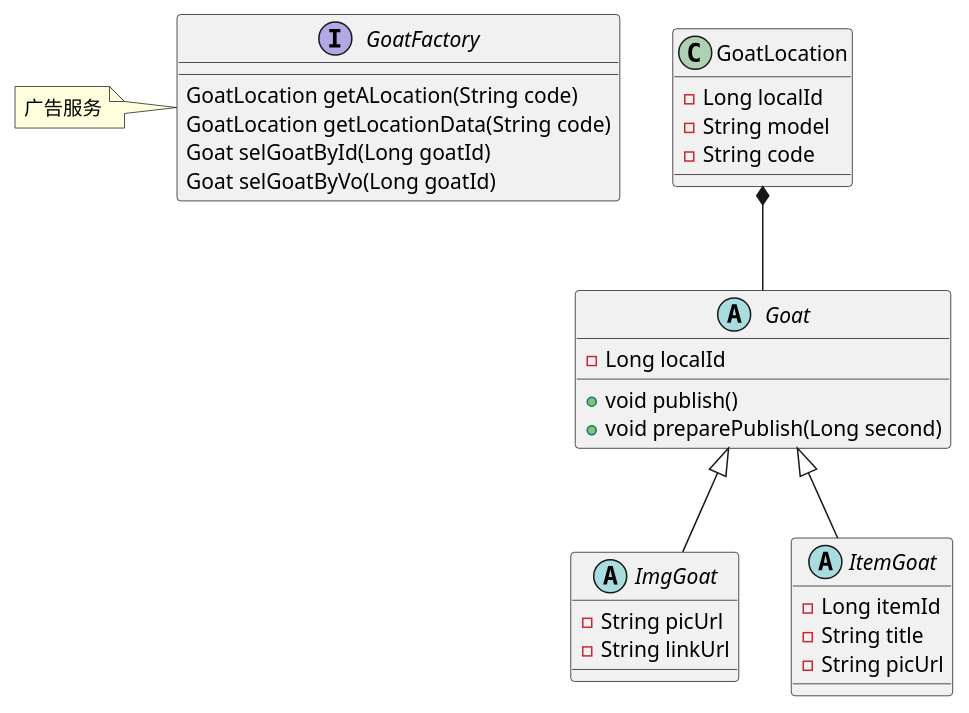
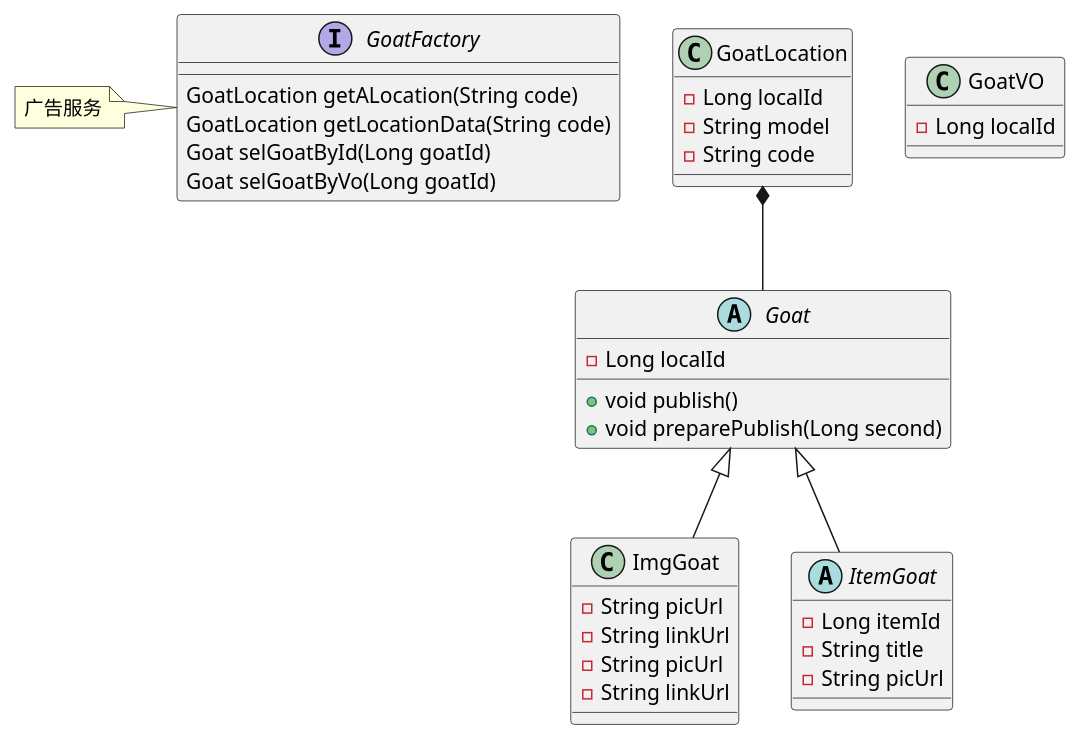
Before and after one commit to pogy/main-pom: the diagram in main4-spread/main4-spread-api/src/main/resources/goat_class.puml, drawn with PlantUML. The commit also changed 1 other file, not shown here.

```diff
--- a/main4-spread/main4-spread-api/src/main/resources/goat_class.puml
+++ b/main4-spread/main4-spread-api/src/main/resources/goat_class.puml
@@ -1,42 +1,51 @@
 @startuml
 
 class GoatLocation{
 -Long localId
 -String model
 -String code
 }
 
 abstract class Goat{
 -Long localId
 
 +void publish()
 +void preparePublish(Long second)
 }
 
+class GoatVO{
+-Long localId
+}
+
 abstract class ImgGoat{
+-String picUrl
+-String linkUrl
+}
+
+class ImgGoat{
 -String picUrl
 -String linkUrl
 }
 
 abstract class ItemGoat{
 -Long itemId
 -String title
 -String picUrl
 }
 
 GoatLocation *-- Goat
 
 Goat <|-- ImgGoat
 
 Goat <|-- ItemGoat
 
 interface GoatFactory{
 GoatLocation getALocation(String code)
 GoatLocation getLocationData(String code)
 Goat selGoatById(Long goatId)
 Goat selGoatByVo(Long goatId)
 }
 
 note left of GoatFactory:广告服务
 
 @enduml
```
